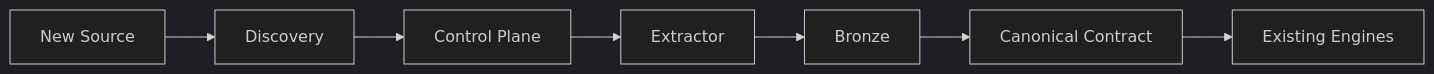
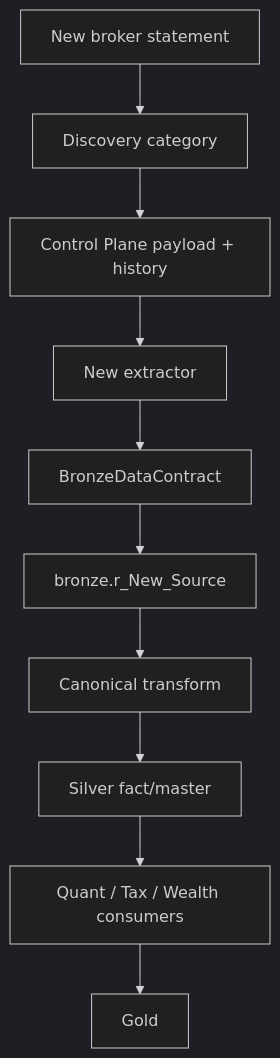
Before and after one commit to tks18/personal-finance-etl: the fifth of 6 diagrams in docs/developer/adding-data-sources.md, drawn with Mermaid (dark theme). The commit also changed other lines of this file, not shown here.

````diff
--- a/docs/developer/adding-data-sources.md
+++ b/docs/developer/adding-data-sources.md
@@ -7,9 +242,15 @@
 ```mermaid
-flowchart LR
-    SRC["New Source"] --> DISC["Discovery"]
-    DISC --> CP["Control Plane"]
-    CP --> EXT["Extractor"]
-    EXT --> BR["Bronze"]
-    BR --> CAN["Canonical Contract"]
-    CAN --> ENG["Existing Engines"]
+flowchart TB
+    NEW[New broker statement]
+    DISC[Discovery category]
+    CP[Control Plane payload + history]
+    EX[New extractor]
+    BC[BronzeDataContract]
+    BR[bronze.r_New_Source]
+    TF[Canonical transform]
+    SF[Silver fact/master]
+    ENG[Quant / Tax / Wealth consumers]
+    GOLD[Gold]
+
+    NEW --> DISC --> CP --> EX --> BC --> BR --> TF --> SF --> ENG --> GOLD
 ```
````
